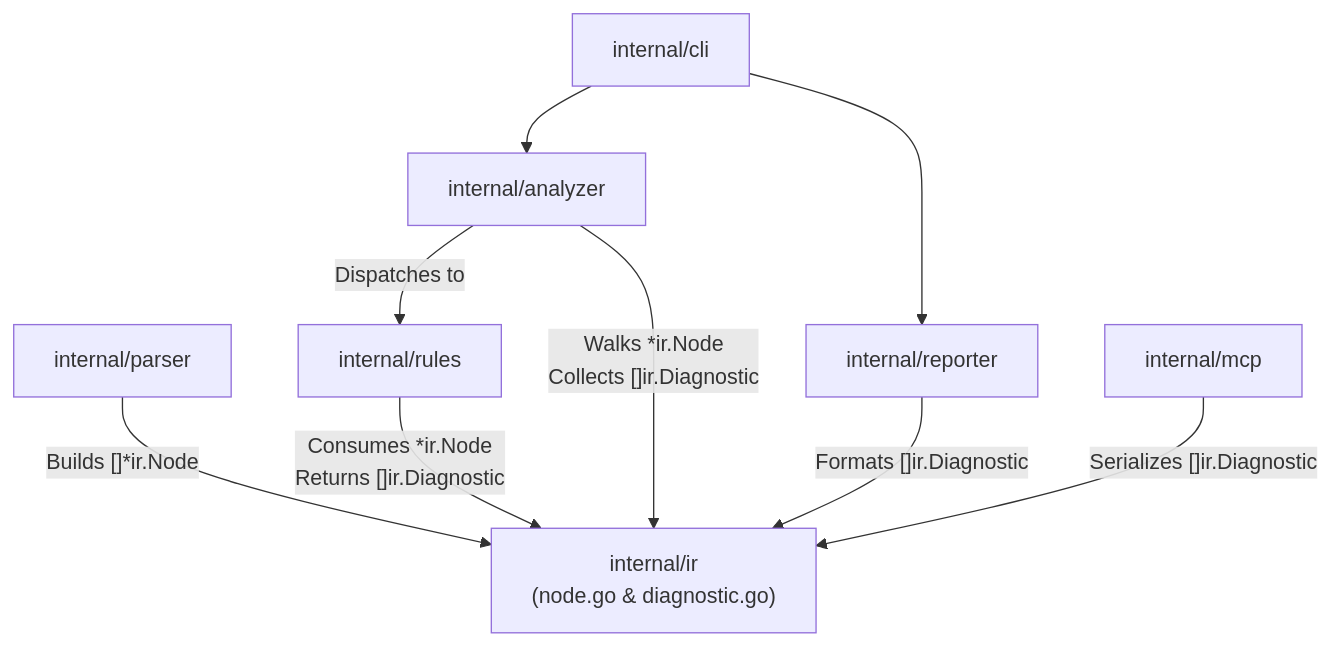
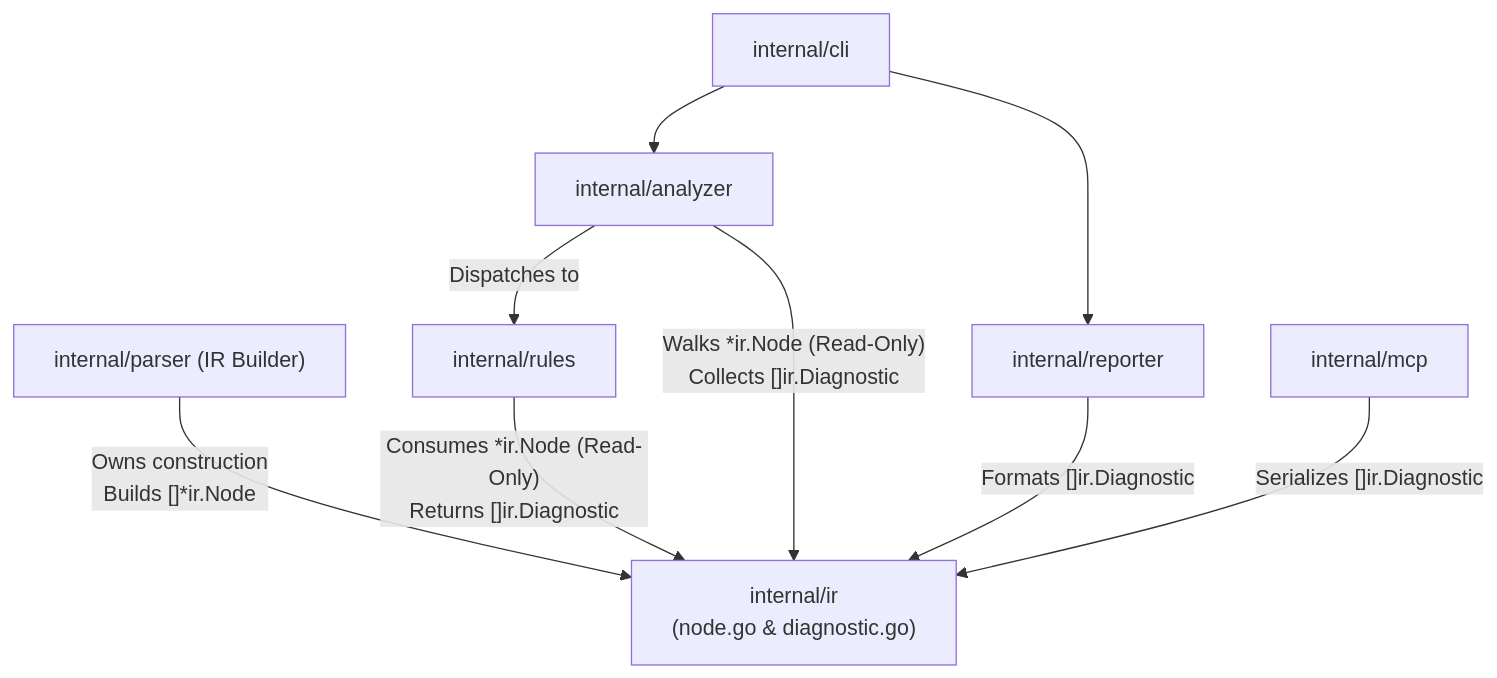
Before and after one commit to will2469/charites: the diagram in docs/02-architecture/01-contract.md, drawn with Mermaid. The commit also changed other lines of this file and 4 other files, not shown here.

````diff
--- a/docs/02-architecture/01-contract.md
+++ b/docs/02-architecture/01-contract.md
@@ -16,12 +17,12 @@
 ```mermaid
 graph TD
-    Parser["internal/parser"] -->|"Builds []*ir.Node"| IR["internal/ir\n(node.go & diagnostic.go)"]
-    Rules["internal/rules"] -->|"Consumes *ir.Node\nReturns []ir.Diagnostic"| IR
-    Analyzer["internal/analyzer"] -->|"Walks *ir.Node\nCollects []ir.Diagnostic"| IR
+    Parser["internal/parser (IR Builder)"] -->|"Owns construction\nBuilds []*ir.Node"| IR["internal/ir\n(node.go & diagnostic.go)"]
+    Rules["internal/rules"] -->|"Consumes *ir.Node (Read-Only)\nReturns []ir.Diagnostic"| IR
+    Analyzer["internal/analyzer"] -->|"Walks *ir.Node (Read-Only)\nCollects []ir.Diagnostic"| IR
     Reporter["internal/reporter"] -->|"Formats []ir.Diagnostic"| IR
     MCP["internal/mcp"] -->|"Serializes []ir.Diagnostic"| IR
 
     Analyzer -->|"Dispatches to"| Rules
     CLI["internal/cli"] --> Analyzer
     CLI --> Reporter
 ```
````
